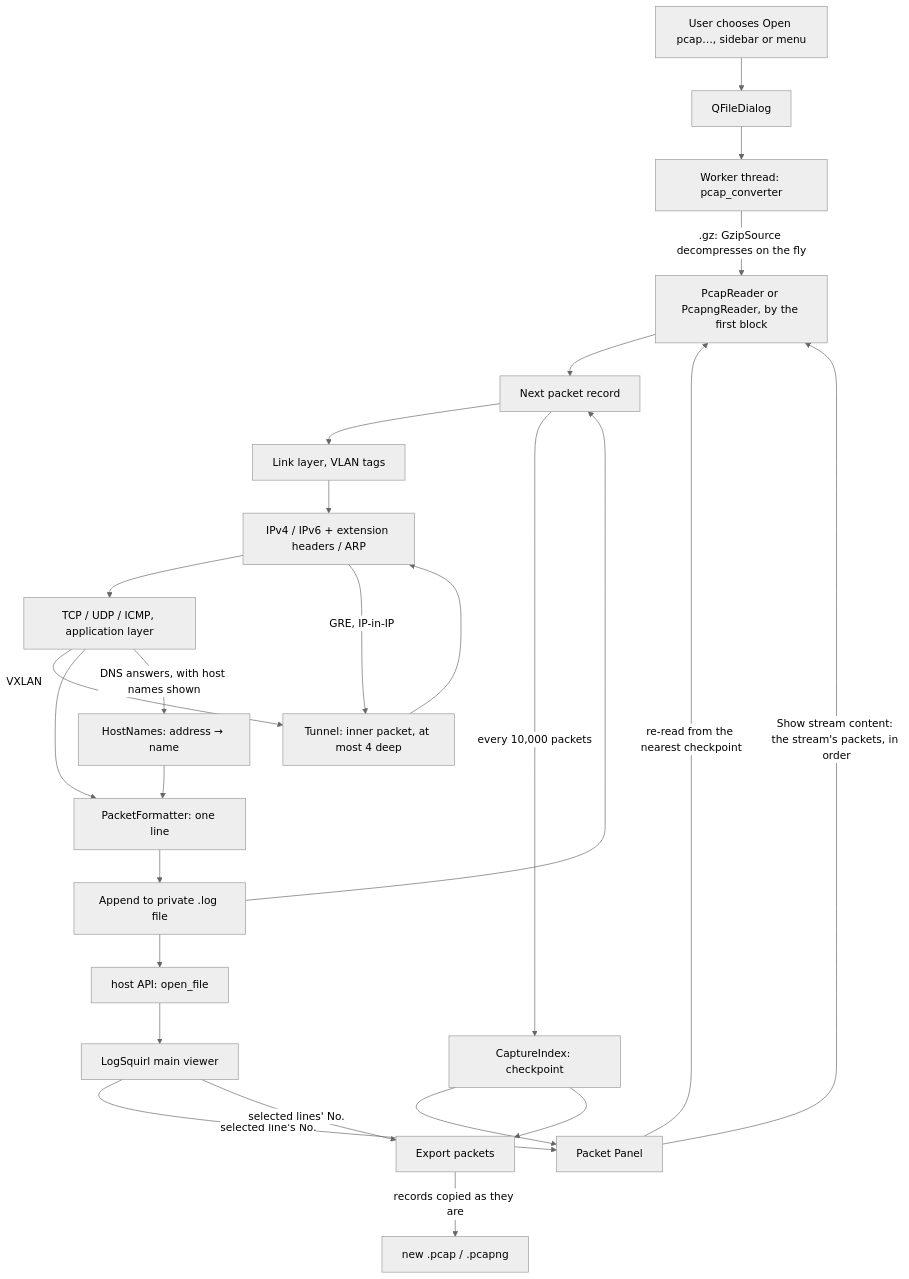
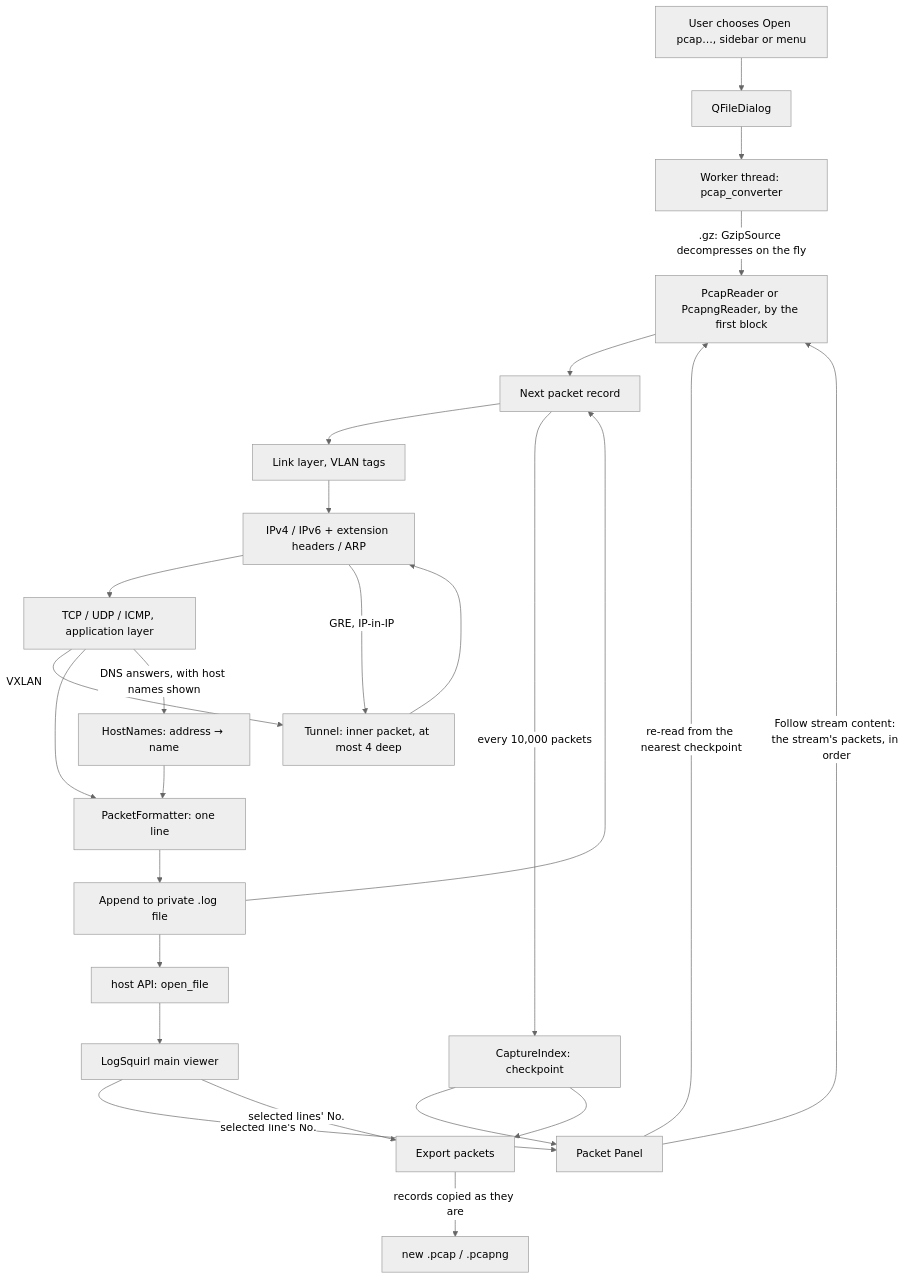
Before and after one commit to 64x-lunicorn/LogSquirl-tcpdump: the diagram in README.md, drawn with Mermaid (neutral theme). The commit also changed other lines of this file and 25 other files, not shown here.

Commit message:
Name the stream actions Filter stream in Regex Lab, Follow stream content and Filter conversation in Regex Lab, so each name says whether it filters the view or shows the payload (#207)

````diff
--- a/README.md
+++ b/README.md
@@ -924,28 +925,28 @@
 ```mermaid
 graph TD
     A[User chooses Open pcap…, sidebar or menu] --> B[QFileDialog]
     B --> C[Worker thread: pcap_converter]
     C -->|.gz: GzipSource decompresses on the fly| D[PcapReader or PcapngReader, by the first block]
     D --> E[Next packet record]
     E --> F[Link layer, VLAN tags]
     F --> G[IPv4 / IPv6 + extension headers / ARP]
     G --> H[TCP / UDP / ICMP, application layer]
     G -->|GRE, IP-in-IP| T[Tunnel: inner packet, at most 4 deep]
     H -->|VXLAN| T
     T --> G
     H --> I[PacketFormatter: one line]
     H -->|DNS answers, with host names shown| N[HostNames: address → name]
     N --> I
     I --> J[Append to private .log file]
     J --> E
     J --> K[host API: open_file]
     K --> L[LogSquirl main viewer]
     E -->|every 10,000 packets| X[CaptureIndex: checkpoint]
     L -->|selected line's No.| P[Packet Panel]
     X --> P
     P -->|re-read from the nearest checkpoint| D
-    P -->|Show stream content: the stream's packets, in order| D
+    P -->|Follow stream content: the stream's packets, in order| D
     L -->|selected lines' No.| Q[Export packets]
     X --> Q
     Q -->|records copied as they are| R[new .pcap / .pcapng]
 ```
````
